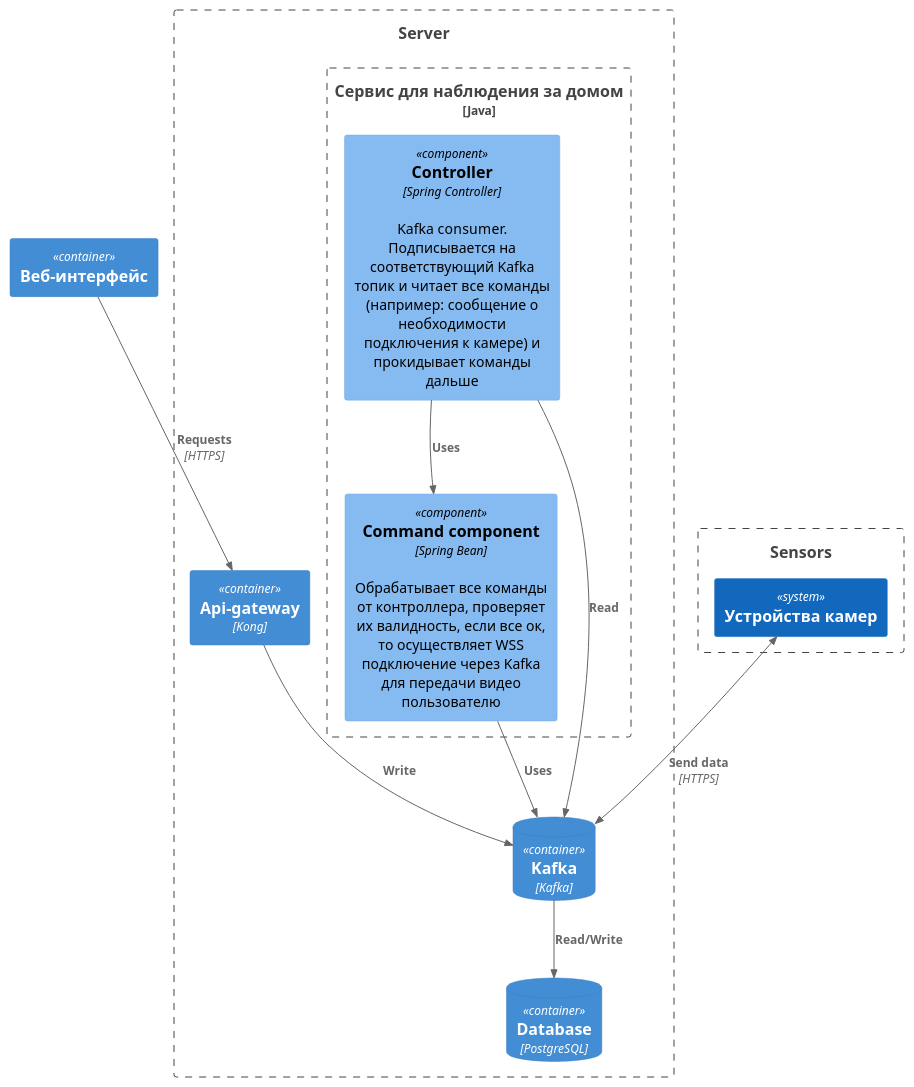
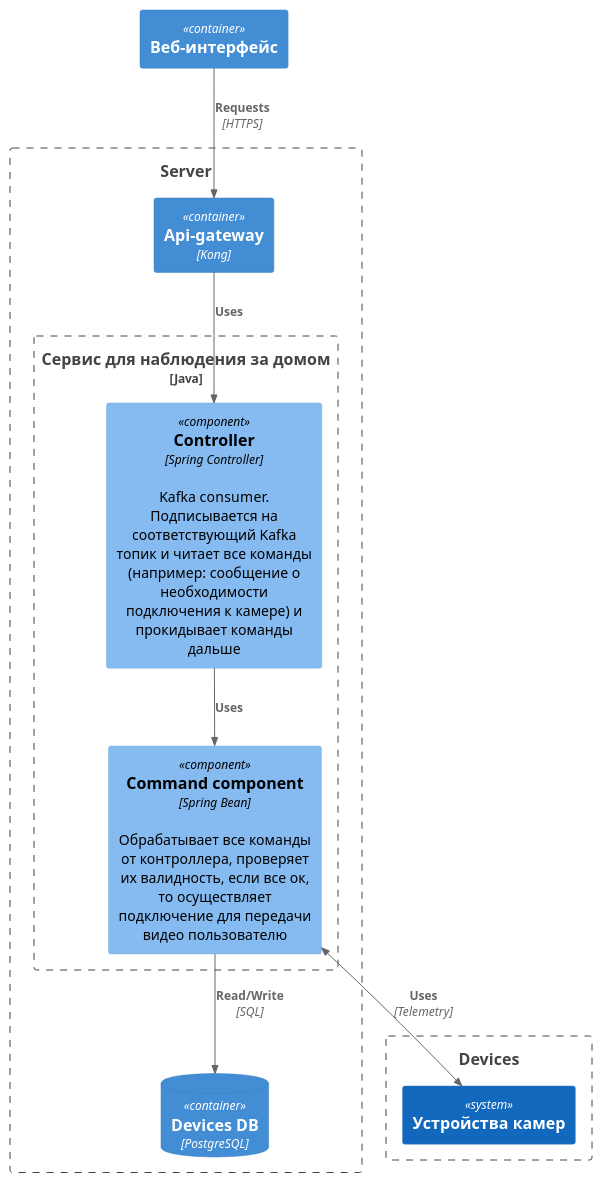
One commit to frenman-y/architecture-sprint-3 changed the diagram in plantuml-charts/components/StreamingService.puml. Above: the diagram before and after it, drawn with PlantUML. The commit also changed 6 other files, not shown here.

```diff
--- a/plantuml-charts/components/StreamingService.puml
+++ b/plantuml-charts/components/StreamingService.puml
@@ -1,29 +1,25 @@
 @startuml
 !include https://raw.githubusercontent.com/plantuml-stdlib/C4-PlantUML/master/C4_Component.puml
 
 Container(frontend, "Веб-интерфейс")
 
 Boundary(server, "Server") {
     Boundary(streamingService, "Сервис для наблюдения за домом", "Java") {
         Component(controller, "Controller", "Spring Controller", "Kafka consumer. Подписывается на соответствующий Kafka топик и читает все команды (например: сообщение о необходимости подключения к камере) и прокидывает команды дальше")
-        Component(command, "Command component", "Spring Bean", "Обрабатывает все команды от контроллера, проверяет их валидность, если все ок, то осуществляет WSS подключение через Kafka для передачи видео пользователю")
+        Component(command, "Command component", "Spring Bean", "Обрабатывает все команды от контроллера, проверяет их валидность, если все ок, то осуществляет подключение для передачи видео пользователю")
     }
 
     Container(apiGateway, "Api-gateway", "Kong")
-    ContainerDb(db, "Database", "PostgreSQL")
-    ContainerDb(kafka, "Kafka", "Kafka")
+    ContainerDb(devicesDb, "Devices DB", "PostgreSQL")
 }
 
-Boundary(sensors, "Sensors") {
-    System(sensor1, "Устройства камер")
+Boundary(devices, "Devices") {
+    System(device1, "Устройства камер")
 }
 
 Rel(frontend, apiGateway, "Requests", "HTTPS")
-Rel(apiGateway, kafka, "Write")
-Rel(controller, kafka, "Read")
+Rel(apiGateway, controller, "Uses")
 Rel(controller, command, "Uses")
-Rel(command, kafka, "Uses")
-BiRel(sensor1, kafka, "Send data", "HTTPS")
-
-Rel(kafka, db, "Read/Write")
+BiRel(command, device1, "Uses", "Telemetry")
+Rel(command, devicesDb, "Read/Write", "SQL")
 @enduml
```
